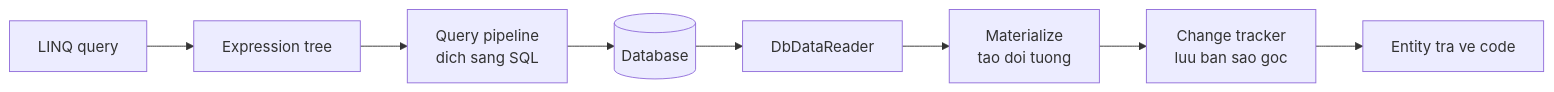
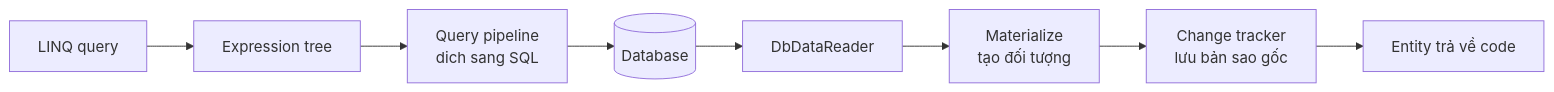
Before and after one commit to TienNHM/tiennhm.github.io: the diagram in docs/09-dotnet-backend-zero-to-senior/stage-04-database-production/module-13-entity-framework-core/13.1-ef-core-overview.mdx, drawn with Mermaid. The commit also changed other lines of this file and 12 other files, not shown here.

````diff
--- a/docs/09-dotnet-backend-zero-to-senior/stage-04-database-production/module-13-entity-framework-core/13.1-ef-core-overview.mdx
+++ b/docs/09-dotnet-backend-zero-to-senior/stage-04-database-production/module-13-entity-framework-core/13.1-ef-core-overview.mdx
@@ -29,10 +29,10 @@
 ```mermaid
 flowchart LR
     A[LINQ query] --> B[Expression tree]
     B --> C[Query pipeline<br/>dich sang SQL]
     C --> D[(Database)]
     D --> E[DbDataReader]
-    E --> F[Materialize<br/>tao doi tuong]
-    F --> G[Change tracker<br/>luu ban sao goc]
-    G --> H[Entity tra ve code]
+    E --> F[Materialize<br/>tạo đối tượng]
+    F --> G[Change tracker<br/>lưu bản sao gốc]
+    G --> H[Entity trả về code]
 ```
````
